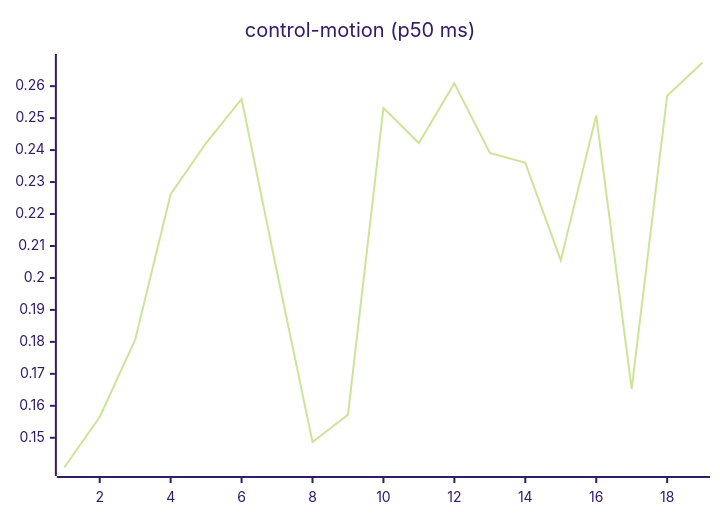
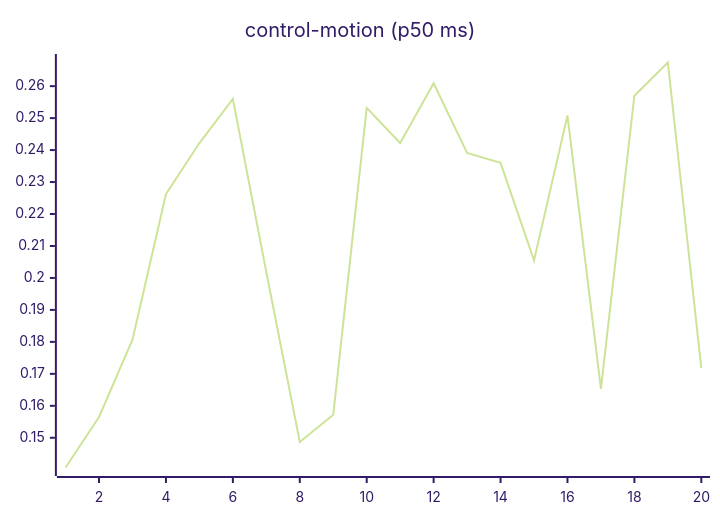
One commit to josha/Facet changed the seventh of 27 diagrams in README.md. Above: the diagram before and after it, drawn with Mermaid (forest theme). The commit also changed other lines of this file and 2 other files, not shown here.

````diff
--- a/README.md
+++ b/README.md
@@ -105,6 +105,6 @@
 ```mermaid
 xychart-beta
     title "control-motion (p50 ms)"
-    x-axis 1 --> 19
-    line [0.1407, 0.1565, 0.1807, 0.2262, 0.2422, 0.2560, 0.2018, 0.1487, 0.1572, 0.2532, 0.2422, 0.2609, 0.2391, 0.2360, 0.2055, 0.2508, 0.1653, 0.2570, 0.2674]
+    x-axis 1 --> 20
+    line [0.1407, 0.1565, 0.1807, 0.2262, 0.2422, 0.2560, 0.2018, 0.1487, 0.1572, 0.2532, 0.2422, 0.2609, 0.2391, 0.2360, 0.2055, 0.2508, 0.1653, 0.2570, 0.2674, 0.1718]
 ```
````
